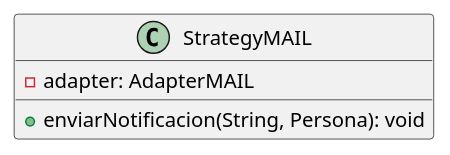
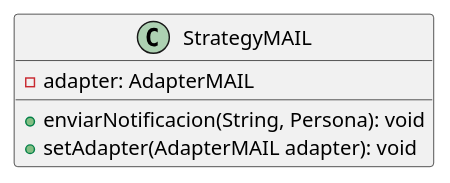
One commit to mbertogliati/dds-tpa changed the diagram in DC/E3/notificaciones/email/StrategyMAIL.puml. Above: the diagram before and after it, drawn with PlantUML. The commit also changed 4 other files, not shown here.

Commit message:
Modifico diagrama de notificador

```diff
--- a/DC/E3/notificaciones/email/StrategyMAIL.puml
+++ b/DC/E3/notificaciones/email/StrategyMAIL.puml
@@ -1,9 +1,10 @@
 @startuml
 'https://plantuml.com/class-diagram
 
 class StrategyMAIL {
   - adapter: AdapterMAIL
   + enviarNotificacion(String, Persona): void
+  + setAdapter(AdapterMAIL adapter): void
 }
 
 @enduml
```
